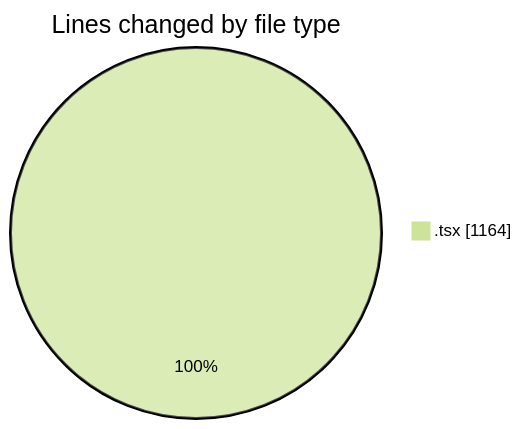
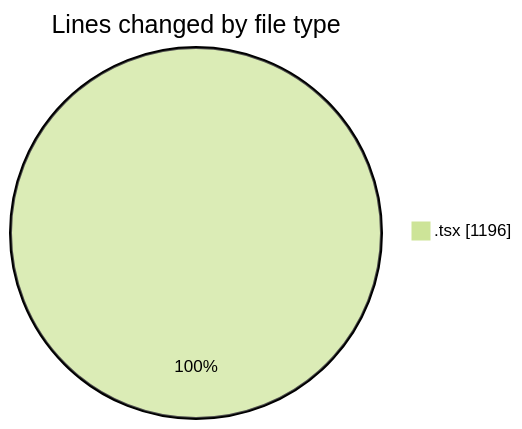
The first of 2 diagrams in 2025-05-07/niten/README.md (Elitesun/code-tracking), drawn with Mermaid (forest theme) before and after one commit. The commit also changed other lines of this file and 1 other file, not shown here.

````diff
--- a/2025-05-07/niten/README.md
+++ b/2025-05-07/niten/README.md
@@ -33,5 +33,5 @@
 ```mermaid
 pie showData
 title Lines changed by file type
-".tsx" : 1164
+".tsx" : 1196
 ```
````
